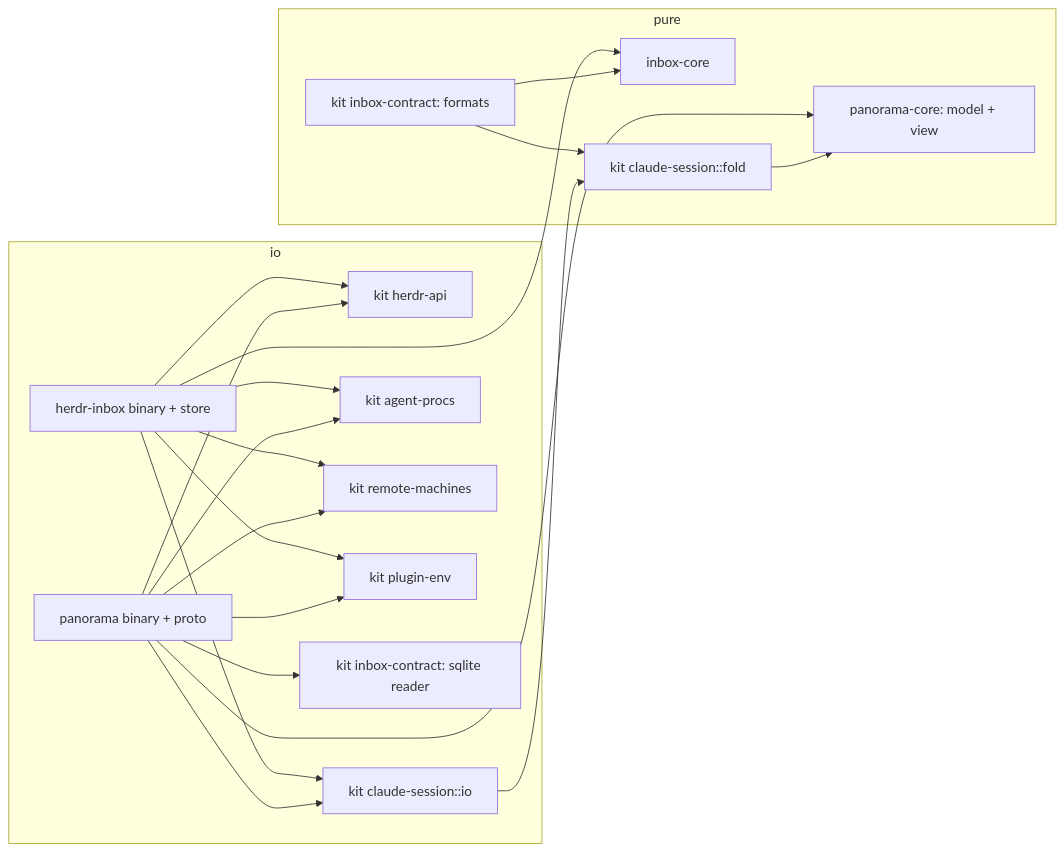
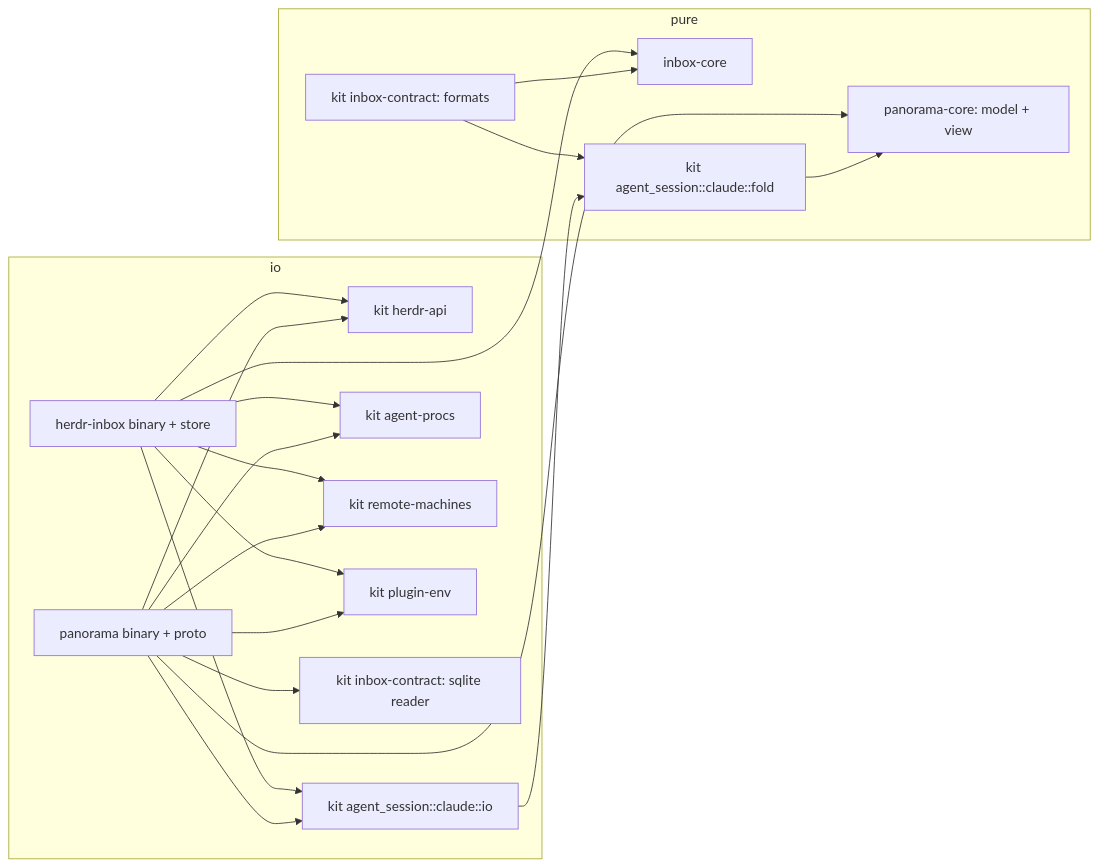
Before and after one commit to LeaveMyYard/herdr-panorama: the diagram in docs/plans/rust-rewrite.md, drawn with Mermaid. The commit also changed other lines of this file, not shown here.

First line of the commit message:
plan: D7 kit publication decided; claude-session renamed throughout

````diff
--- a/docs/plans/rust-rewrite.md
+++ b/docs/plans/rust-rewrite.md
@@ -330,25 +331,25 @@
 ```mermaid
 graph LR
   subgraph pure
     PC[panorama-core: model + view]
     IC[inbox-core]
     IF[kit inbox-contract: formats]
-    CSf[kit claude-session::fold]
+    CSf[kit agent_session::claude::fold]
   end
   subgraph io
     HA[kit herdr-api]
-    CSio[kit claude-session::io]
+    CSio[kit agent_session::claude::io]
     AP[kit agent-procs]
     RM[kit remote-machines]
     PE[kit plugin-env]
     IR[kit inbox-contract: sqlite reader]
     PB[panorama binary + proto]
     IB[herdr-inbox binary + store]
   end
   CSio --> CSf
   CSf --> PC
   IF --> IC
   IF --> CSf
   PB --> PC & HA & CSio & AP & RM & PE & IR
   IB --> IC & HA & CSio & AP & RM & PE
 ```
````
